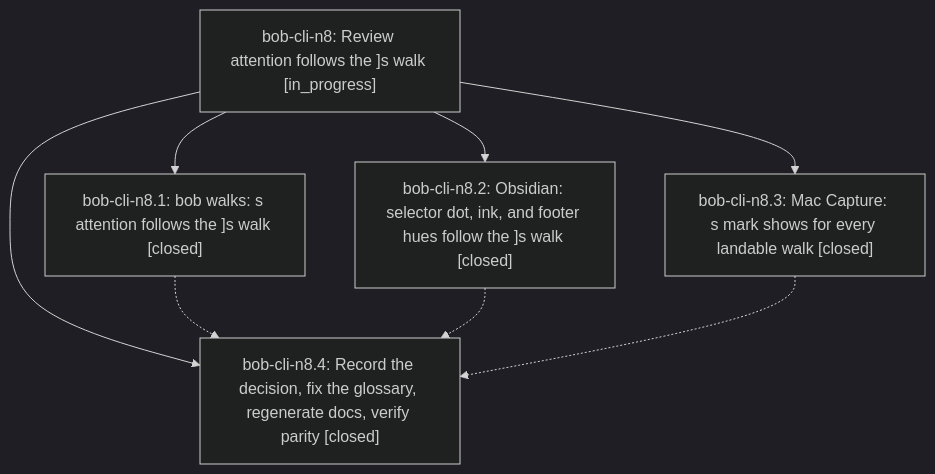
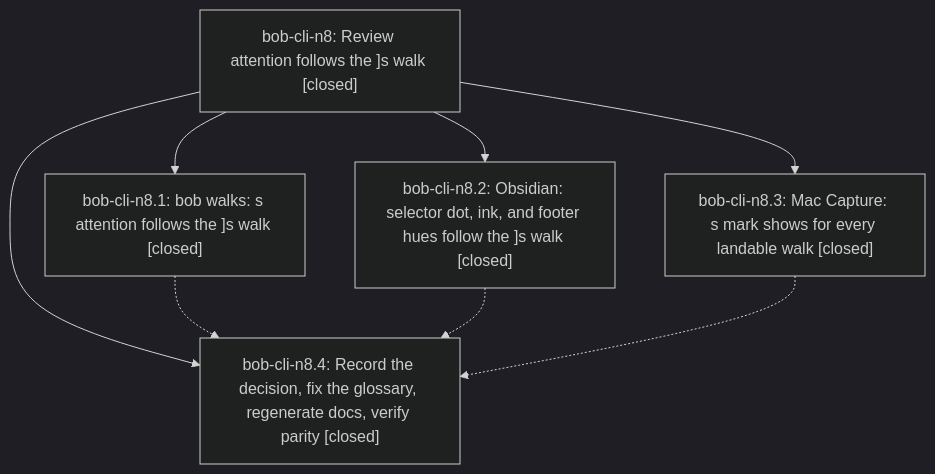
The diagram in pages/bob-cli-n8/README.md (bobs-org/bob-cli--beads), drawn with Mermaid (dark theme) before and after one commit. The commit also changed other lines of this file and 3 other files, not shown here.

First line of the commit message:
chore(beads): sync bead state and pages for bob-cli-n8

````diff
--- a/pages/bob-cli-n8/README.md
+++ b/pages/bob-cli-n8/README.md
@@ -39,15 +47,15 @@
 ```mermaid
 flowchart TD
-    n0["bob-cli-n8: Review attention follows the ]s walk [in_progress]"]
+    n0["bob-cli-n8: Review attention follows the ]s walk [closed]"]
     n1["bob-cli-n8.1: bob walks: s attention follows the ]s walk [closed]"]
     n2["bob-cli-n8.2: Obsidian: selector dot, ink, and footer hues follow the ]s walk [closed]"]
     n3["bob-cli-n8.3: Mac Capture: s mark shows for every landable walk [closed]"]
     n4["bob-cli-n8.4: Record the decision, fix the glossary, regenerate docs, verify parity [closed]"]
     n0 --> n1
     n0 --> n2
     n0 --> n3
     n0 --> n4
     n1 -.-> n4
     n2 -.-> n4
     n3 -.-> n4
 ```
````
